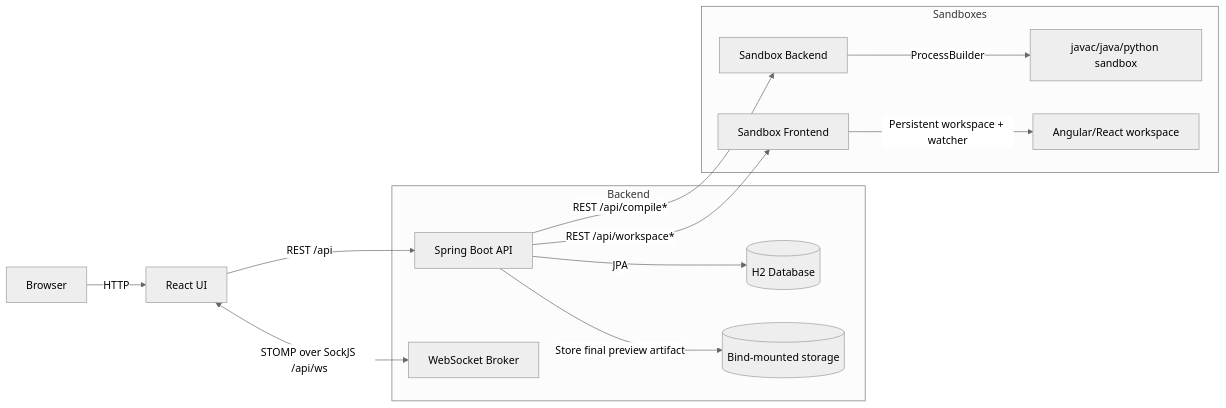
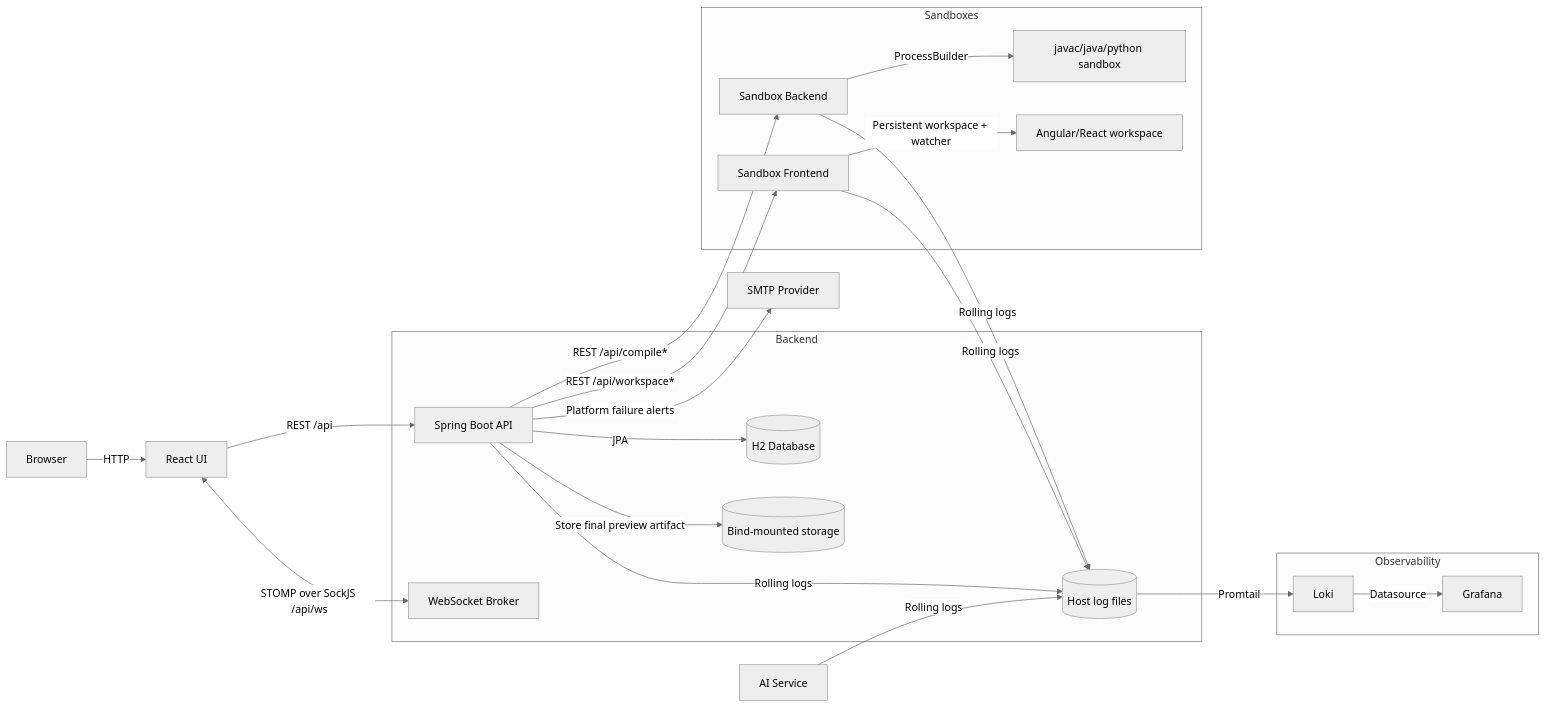
One commit to harshalpande/interview changed the diagram in docs/architecture.md. Above: the diagram before and after it, drawn with Mermaid (neutral theme). The commit also changed other lines of this file and 13 other files, not shown here.

Commit message:
Add platform failure alerts

````diff
--- a/docs/architecture.md
+++ b/docs/architecture.md
@@ -5,26 +5,39 @@
 ```mermaid
 flowchart LR
   U[Browser] -->|HTTP| FE[React UI]
   FE -->|REST /api| BE[Spring Boot API]
   FE <--> |STOMP over SockJS /api/ws| WS[WebSocket Broker]
   BE -->|JPA| DB[(H2 Database)]
   BE -->|REST /api/compile*| SBB[Sandbox Backend]
   BE -->|REST /api/workspace*| SBF[Sandbox Frontend]
+  BE -->|Platform failure alerts| SMTP[SMTP Provider]
   SBB -->|ProcessBuilder| JVM[javac/java/python sandbox]
   SBF -->|Persistent workspace + watcher| FW[Angular/React workspace]
   BE -->|Store final preview artifact| FS[(Bind-mounted storage)]
+  BE -->|Rolling logs| LOGS[(Host log files)]
+  AIS[AI Service] -->|Rolling logs| LOGS
+  SBB -->|Rolling logs| LOGS
+  SBF -->|Rolling logs| LOGS
+  LOGS -->|Promtail| LOKI[Loki]
+  LOKI -->|Datasource| GRAF[Grafana]
 
   subgraph Backend
     BE
     WS
     DB
     FS
+    LOGS
   end
 
   subgraph Sandboxes
     SBB
     SBF
     JVM
     FW
   end
+
+  subgraph Observability
+    LOKI
+    GRAF
+  end
 ```
````
